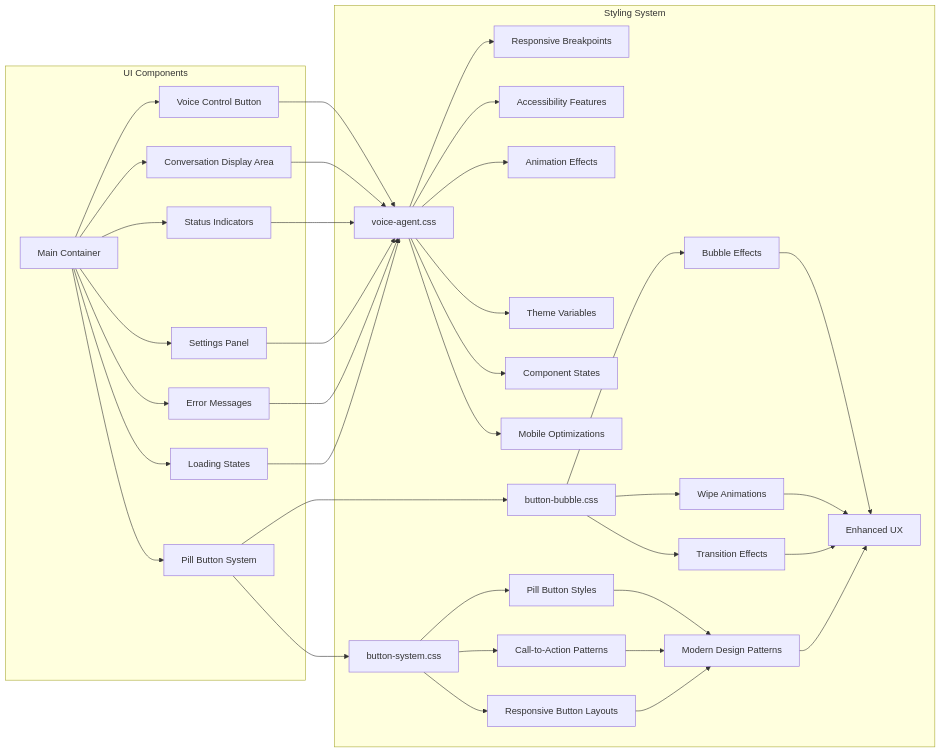
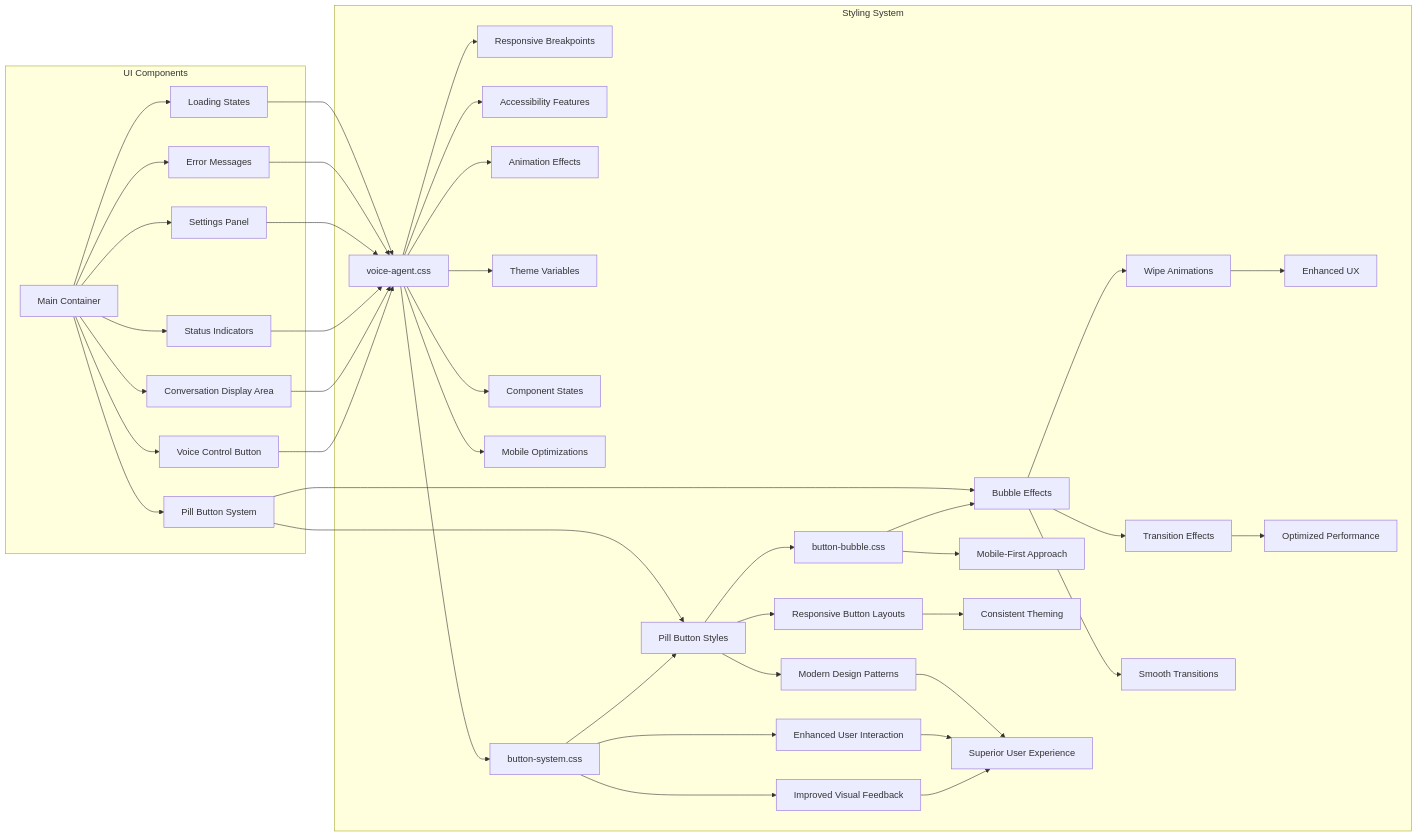
One commit to Theja4/podiummomentum changed the fifth of 7 diagrams in .qoder/repowiki/en/content/Component Architecture/Core Components/Voice AI Agent Demo.md. Above: the diagram before and after it, drawn with Mermaid. The commit also changed other lines of this file and 24 other files, not shown here.

````diff
--- a/.qoder/repowiki/en/content/Component Architecture/Core Components/Voice AI Agent Demo.md
+++ b/.qoder/repowiki/en/content/Component Architecture/Core Components/Voice AI Agent Demo.md
@@ -282,41 +282,46 @@
 ```mermaid
 graph LR
 subgraph "UI Components"
 A[Main Container] --> B[Voice Control Button]
 A --> C[Conversation Display Area]
 A --> D[Status Indicators]
 A --> E[Settings Panel]
 A --> F[Error Messages]
 A --> G[Loading States]
 A --> H[Pill Button System]
 end
 subgraph "Styling System"
 I[voice-agent.css] --> J[Responsive Breakpoints]
 I --> K[Accessibility Features]
 I --> L[Animation Effects]
 I --> M[Theme Variables]
 I --> N[Component States]
 I --> O[Mobile Optimizations]
-P[button-system.css] --> Q[Pill Button Styles]
-P --> R[Call-to-Action Patterns]
-P --> S[Responsive Button Layouts]
-T[button-bubble.css] --> U[Bubble Effects]
-T --> V[Wipe Animations]
-T --> W[Transition Effects]
-Q --> X[Modern Design Patterns]
-R --> X
-S --> X
-U --> Y[Enhanced UX]
-V --> Y
-W --> Y
+I --> P[Enhanced Hover Edge Styling]
+P --> Q[Improved Visual Feedback]
+P --> R[Enhanced User Interaction]
+P[button-system.css] --> S[Pill Button Styles]
+S --> T[Call-to-Action Patterns]
+S --> U[Responsive Button Layouts]
+T[button-bubble.css] --> V[Bubble Effects]
+V --> W[Wipe Animations]
+V --> X[Transition Effects]
+S --> Y[Modern Design Patterns]
+T --> Z[Mobile-First Approach]
+U --> AA[Consistent Theming]
+V --> BB[Smooth Transitions]
+W --> CC[Enhanced UX]
+X --> DD[Optimized Performance]
+Q --> EE[Superior User Experience]
+R --> EE
 end
 B --> I
 C --> I
 D --> I
 E --> I
 F --> I
 G --> I
-H --> P
-H --> T
-X --> Y
+H --> S
+H --> V
+Y --> EE
 ```
````
